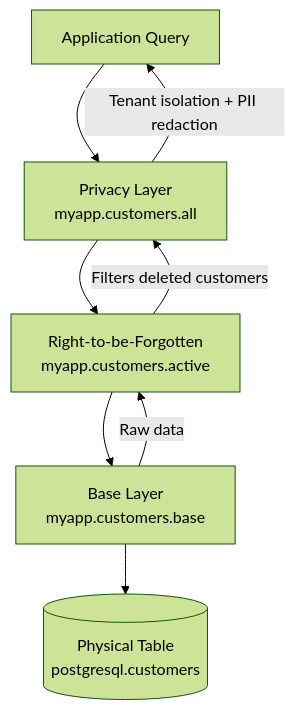
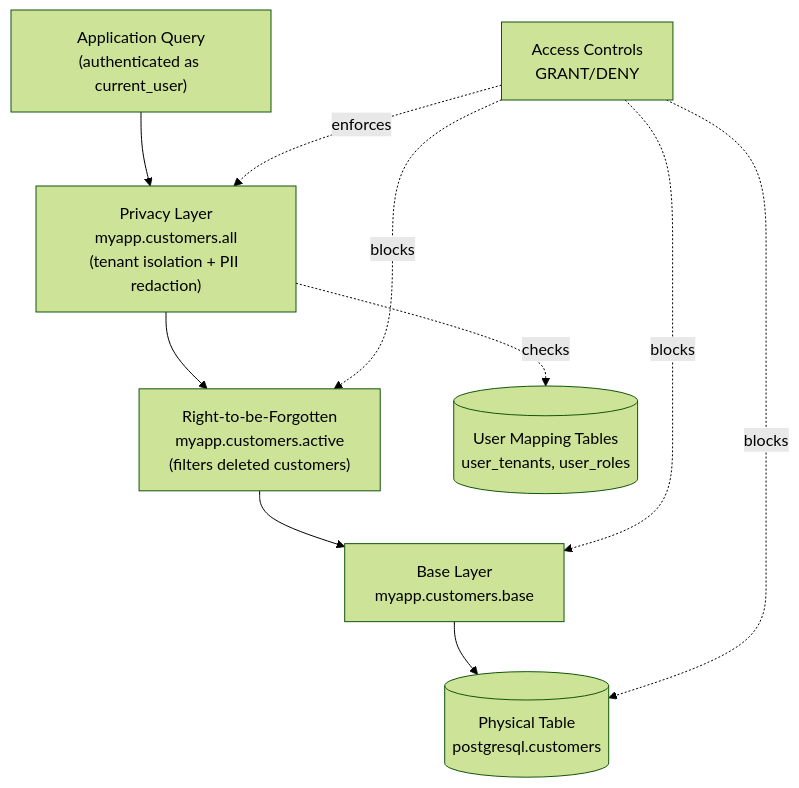
One commit to robfromboulder/virtual-view-manifesto changed the third of 3 diagrams in sections/03-use-cases.md. Above: the diagram before and after it, drawn with Mermaid (forest theme). The commit also changed other lines of this file, not shown here.

````diff
--- a/sections/03-use-cases.md
+++ b/sections/03-use-cases.md
@@ -620,11 +753,14 @@
 ```mermaid
 flowchart TD
-    App["Application Query"] --> Privacy["Privacy Layer<br/>myapp.customers.all"]
-    Privacy --> Active["Right-to-be-Forgotten<br/>myapp.customers.active"]
+    App["Application Query<br/>(authenticated as current_user)"] --> Privacy["Privacy Layer<br/>myapp.customers.all<br/>(tenant isolation + PII redaction)"]
+    Privacy --> Active["Right-to-be-Forgotten<br/>myapp.customers.active<br/>(filters deleted customers)"]
     Active --> Base["Base Layer<br/>myapp.customers.base"]
     Base --> Physical[("Physical Table<br/>postgresql.customers")]
 
-    Privacy -->|Tenant isolation + PII redaction| App
-    Active -->|Filters deleted customers| Privacy
-    Base -->|Raw data| Active
+    Privacy -.checks.-> Mapping[("User Mapping Tables<br/>user_tenants, user_roles")]
+
+    Access["Access Controls<br/>GRANT/DENY"] -.enforces.-> Privacy
+    Access -.blocks.-> Active
+    Access -.blocks.-> Base
+    Access -.blocks.-> Physical
 ```
````
